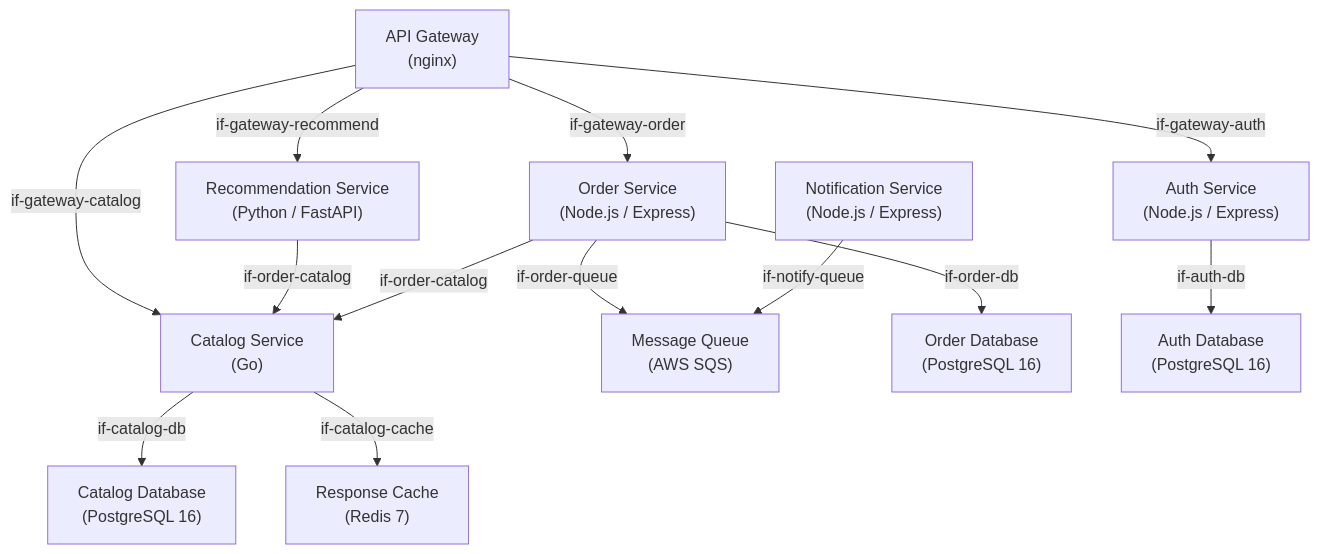
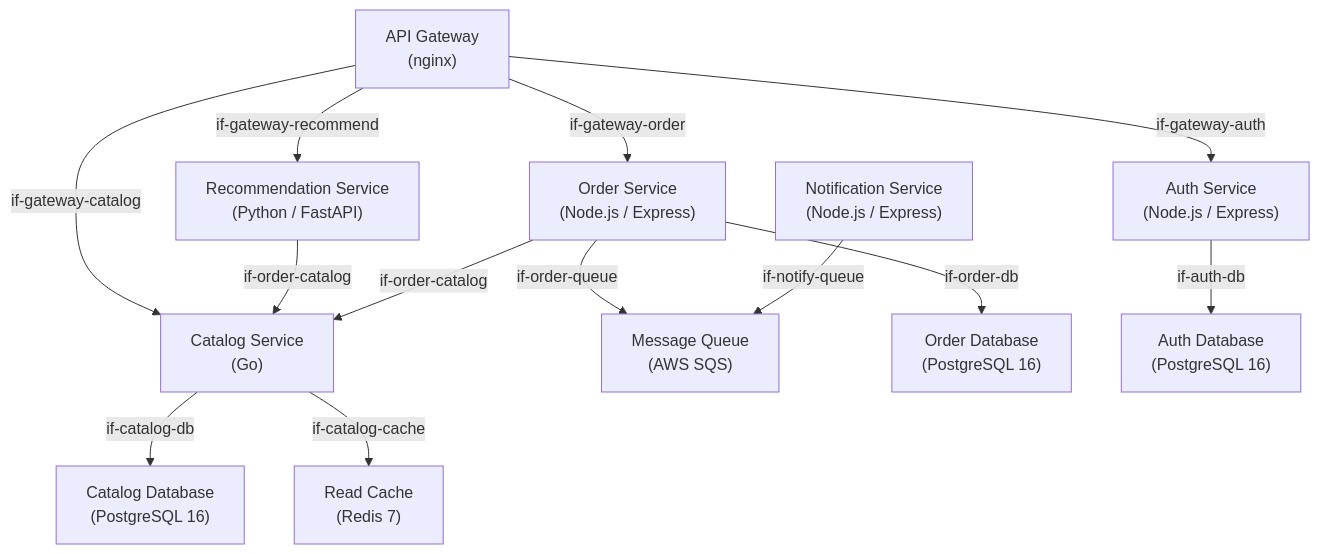
The diagram in examples/bookstore-backend/05-building-blocks.arc42.md (docToolchain/arc42-language), drawn with Mermaid before and after one commit. The commit also changed other lines of this file, not shown here.

Commit message:
refactor: rename Response Cache to Read Cache

````diff
--- a/examples/bookstore-backend/05-building-blocks.arc42.md
+++ b/examples/bookstore-backend/05-building-blocks.arc42.md
@@ -13,27 +13,27 @@
 ```mermaid
 graph TD
     bb-api-gateway["API Gateway\n(nginx)"]
     bb-catalog-service["Catalog Service\n(Go)"]
     bb-order-service["Order Service\n(Node.js / Express)"]
     bb-recommendation-service["Recommendation Service\n(Python / FastAPI)"]
     bb-auth-service["Auth Service\n(Node.js / Express)"]
     bb-notification-service["Notification Service\n(Node.js / Express)"]
     bb-message-queue["Message Queue\n(AWS SQS)"]
     bb-catalog-db["Catalog Database\n(PostgreSQL 16)"]
     bb-order-db["Order Database\n(PostgreSQL 16)"]
     bb-auth-db["Auth Database\n(PostgreSQL 16)"]
-    bb-cache["Response Cache\n(Redis 7)"]
+    bb-cache["Read Cache\n(Redis 7)"]
 
     bb-api-gateway -->|"if-gateway-catalog"| bb-catalog-service
     bb-api-gateway -->|"if-gateway-order"| bb-order-service
     bb-api-gateway -->|"if-gateway-auth"| bb-auth-service
     bb-api-gateway -->|"if-gateway-recommend"| bb-recommendation-service
     bb-recommendation-service -->|"if-order-catalog"| bb-catalog-service
     bb-catalog-service -->|"if-catalog-db"| bb-catalog-db
     bb-catalog-service -->|"if-catalog-cache"| bb-cache
     bb-order-service -->|"if-order-db"| bb-order-db
     bb-order-service -->|"if-order-catalog"| bb-catalog-service
     bb-order-service -->|"if-order-queue"| bb-message-queue
     bb-auth-service -->|"if-auth-db"| bb-auth-db
     bb-notification-service -->|"if-notify-queue"| bb-message-queue
 ```
````
